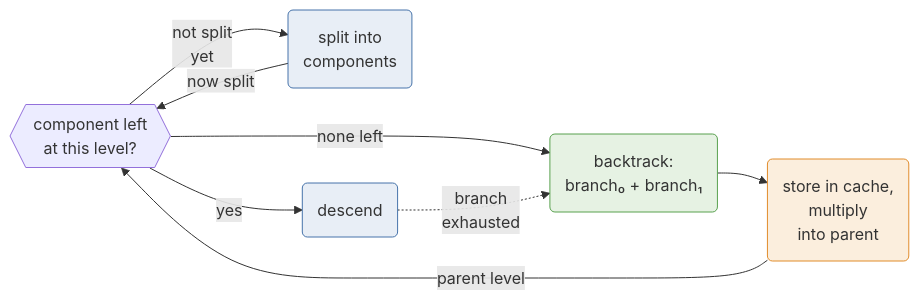
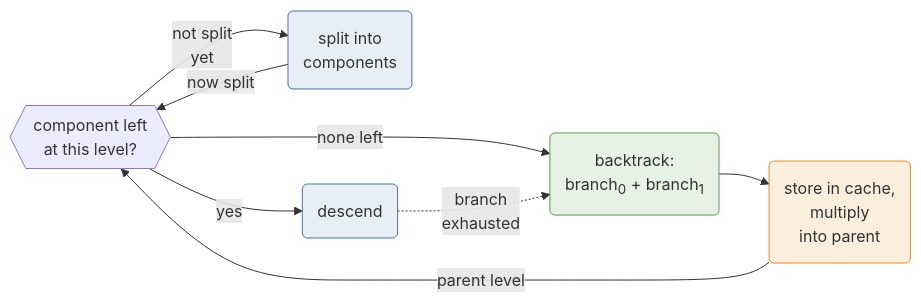
Before and after one commit to meelgroup/ganak-presentation: the diagram in figs/mermaid/ascend.mmd, drawn with Mermaid. The commit also changed 5 other files, not shown here.

First line of the commit message:
Mermaid diagrams: Latin Modern Sans, matching the beamer font

```diff
--- a/figs/mermaid/ascend.mmd
+++ b/figs/mermaid/ascend.mmd
@@ -1,17 +1,17 @@
 flowchart LR
   A{{"component left<br/>at this level?"}}
   A -->|"not split<br/>yet"| B("split into<br/>components")
   B -->|"now split"| A
   A -->|yes| H(descend)
-  A -->|"none left"| J("backtrack:<br/>branch₀ + branch₁")
+  A -->|"none left"| J("backtrack:<br/>branch<sub>0</sub> + branch<sub>1</sub>")
   H -.->|"branch<br/>exhausted"| J
   J --> L("store in cache,<br/>multiply<br/>into parent")
   L -->|"parent level"| A
 
   %% blue: search, green: counting, orange: cache
   classDef search fill:#e8eef6,stroke:#4673aa
   classDef count fill:#e6f2e3,stroke:#59a14f
   classDef cache fill:#fbeedd,stroke:#e18c2b
   class B,H search
   class J count
   class L cache
```
